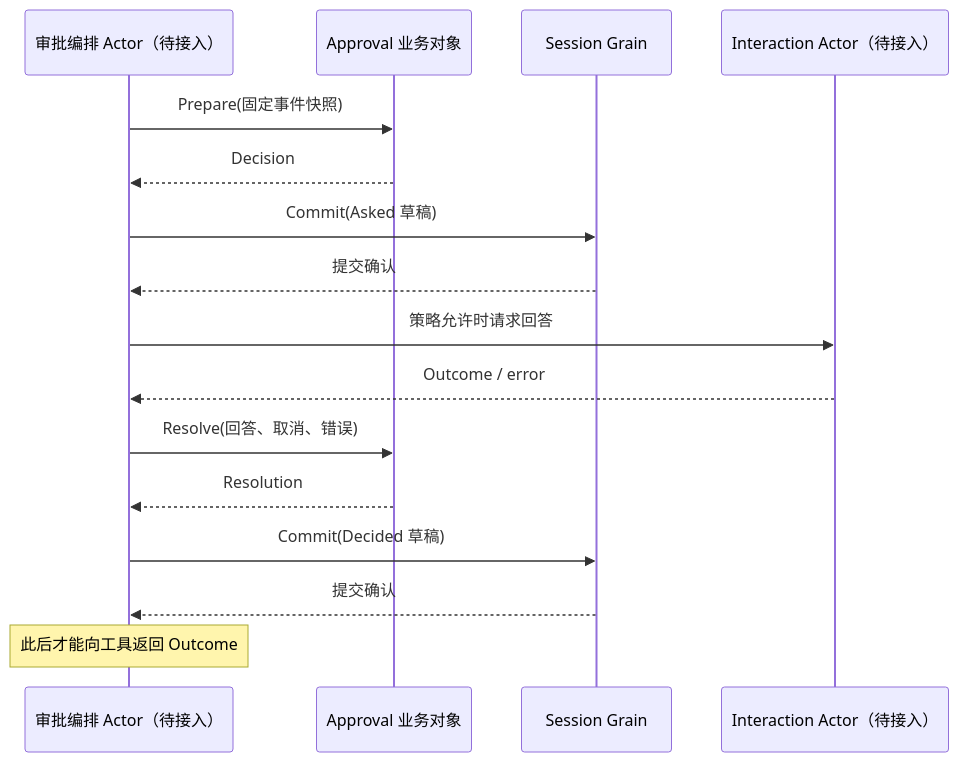
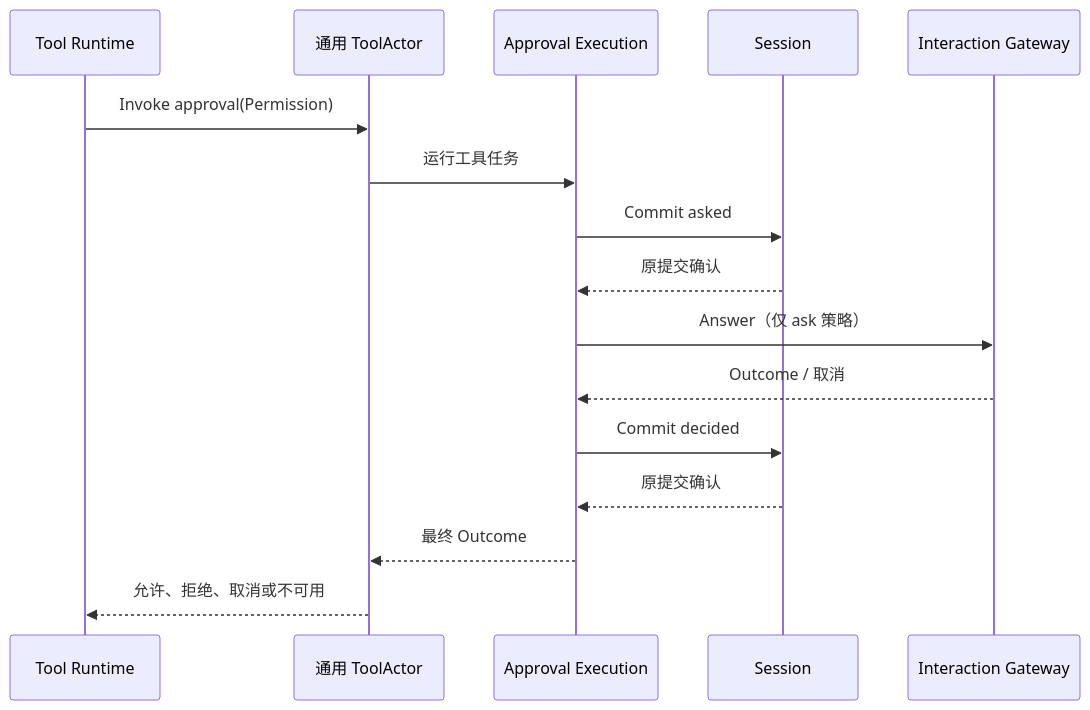
One commit to gorenx/goren changed the diagram in approval/README.zh-CN.md. Above: the diagram before and after it, drawn with Mermaid. The commit also changed other lines of this file and 12 other files, not shown here.

````diff
--- a/approval/README.zh-CN.md
+++ b/approval/README.zh-CN.md
@@ -20,18 +17,18 @@
 ```mermaid
 sequenceDiagram
-    participant A as 审批编排 Actor（待接入）
-    participant B as Approval 业务对象
-    participant S as Session Grain
-    participant I as Interaction Actor（待接入）
-    A->>B: Prepare(固定事件快照)
-    B-->>A: Decision
-    A->>S: Commit(Asked 草稿)
-    S-->>A: 提交确认
-    A->>I: 策略允许时请求回答
-    I-->>A: Outcome / error
-    A->>B: Resolve(回答、取消、错误)
-    B-->>A: Resolution
-    A->>S: Commit(Decided 草稿)
-    S-->>A: 提交确认
-    Note over A: 此后才能向工具返回 Outcome
+    participant R as Tool Runtime
+    participant T as 通用 ToolActor
+    participant A as Approval Execution
+    participant S as Session
+    participant I as Interaction Gateway
+    R->>T: Invoke approval(Permission)
+    T->>A: 运行工具任务
+    A->>S: Commit asked
+    S-->>A: 原提交确认
+    A->>I: Answer（仅 ask 策略）
+    I-->>A: Outcome / 取消
+    A->>S: Commit decided
+    S-->>A: 原提交确认
+    A-->>T: 最终 Outcome
+    T-->>R: 允许、拒绝、取消或不可用
 ```
````
